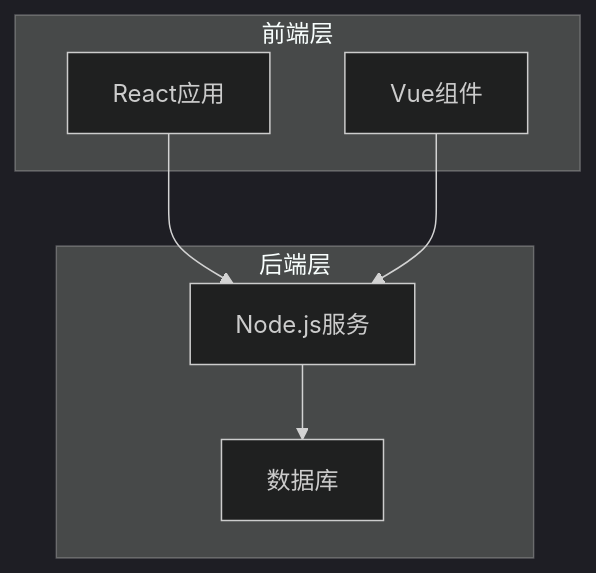
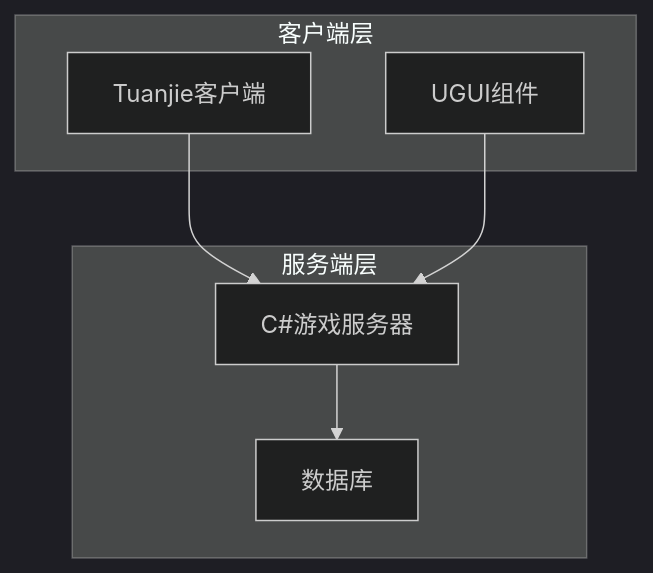
One commit to yingsiqi/Immortality changed diagram 12 of 13 in doc/design/ui-ux/diagrams-guide.md. Above: the diagram before and after it, drawn with Mermaid (dark theme). The commit also changed other lines of this file and 25 other files, not shown here.

````diff
--- a/doc/design/ui-ux/diagrams-guide.md
+++ b/doc/design/ui-ux/diagrams-guide.md
@@ -308,16 +308,16 @@
 ```mermaid
 flowchart TB
-    subgraph "前端层"
-        A[React应用]
-        B[Vue组件]
+    subgraph "客户端层"
+        A[Tuanjie客户端]
+        B[UGUI组件]
     end
     
-    subgraph "后端层"
-        C[Node.js服务]
+    subgraph "服务端层"
+        C[C#游戏服务器]
         D[数据库]
     end
     
     A --> C
     B --> C
     C --> D
 ```
````
